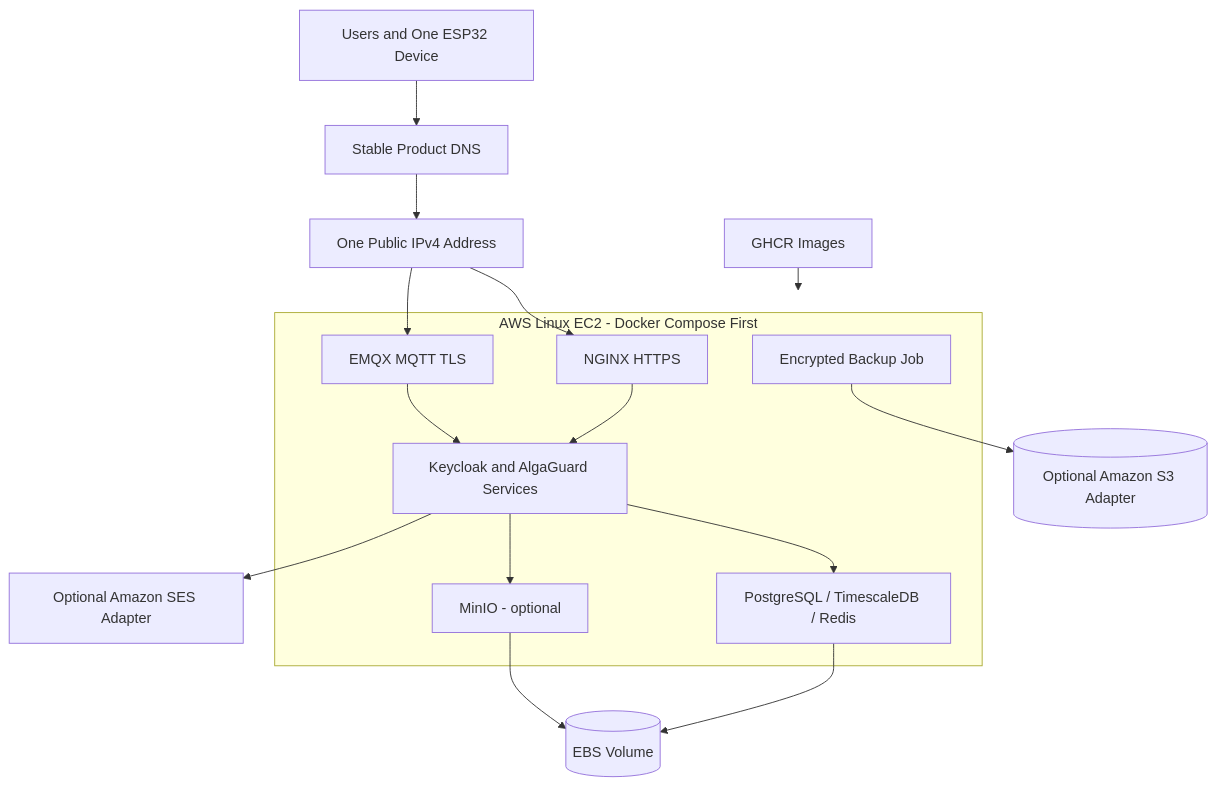
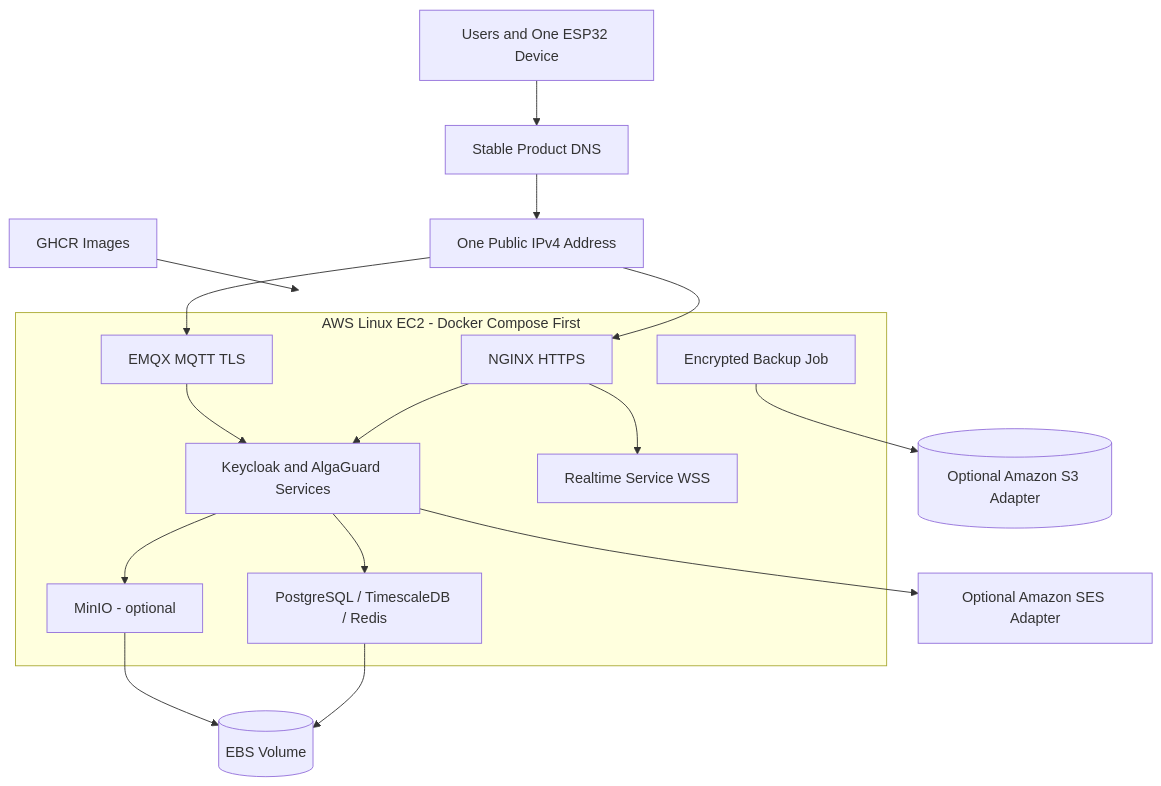
Before and after one commit to AlgaGuard/algaguard-docs: the diagram in docs/architecture/aws-temporary-deployment.md, drawn with Mermaid. The commit also changed other lines of this file and 13 other files, not shown here.

Commit message:
docs: add Phase 2.1 WebSocket architecture

````diff
--- a/docs/architecture/aws-temporary-deployment.md
+++ b/docs/architecture/aws-temporary-deployment.md
@@ -5,30 +5,32 @@
 ```mermaid
 flowchart TB
     INTERNET["Users and One ESP32 Device"]
     DNS["Stable Product DNS"]
     IPV4["One Public IPv4 Address"]
     subgraph EC2["AWS Linux EC2 - Docker Compose First"]
         NGINX["NGINX HTTPS"]
         EMQX["EMQX MQTT TLS"]
         APPS["Keycloak and AlgaGuard Services"]
+        REALTIME["Realtime Service WSS"]
         DATA["PostgreSQL / TimescaleDB / Redis"]
         MINIO["MinIO - optional"]
         BACKUP["Encrypted Backup Job"]
     end
     EBS[("EBS Volume")]
     S3[("Optional Amazon S3 Adapter")]
     SES["Optional Amazon SES Adapter"]
     GHCR["GHCR Images"]
 
     INTERNET --> DNS --> IPV4 --> NGINX
     IPV4 --> EMQX
     NGINX --> APPS
+    NGINX --> REALTIME
     EMQX --> APPS
     APPS --> DATA
     APPS --> MINIO
     DATA --> EBS
     MINIO --> EBS
     BACKUP --> S3
     APPS --> SES
     GHCR --> EC2
 ```
````
